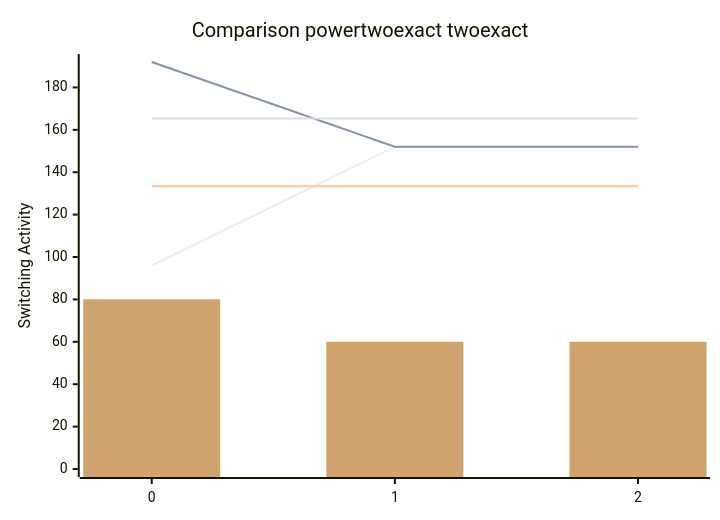
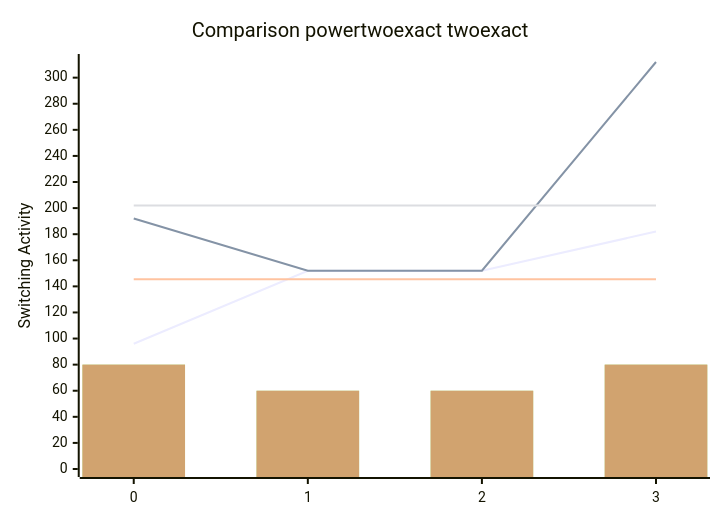
One commit to FeldmeierMichael/Exact-Power-Synthesis changed the diagram in benchmark.md. Above: the diagram before and after it, drawn with Mermaid. The commit also changed other lines of this file and 2 other files, not shown here.

````diff
--- a/benchmark.md
+++ b/benchmark.md
@@ -7,12 +9,12 @@
 ```mermaid
 xychart-beta
     title "Comparison powertwoexact twoexact"
-    x-axis [0, 1, 2]
-    y-axis "Switching Activity" 0-->192
-    line [96, 152, 152]
-    line [192, 152, 152]
-    line [133.33333333333334, 133.33333333333334, 133.33333333333334]
-    line [165.33333333333334, 165.33333333333334, 165.33333333333334]
-    bar [80, 60, 60]
-    bar [80, 60, 60]
+    x-axis [0, 1, 2, 3]
+    y-axis "Switching Activity" 0-->312
+    line [96, 152, 152, 182]
+    line [192, 152, 152, 312]
+    line [145.5, 145.5, 145.5, 145.5]
+    line [202.0, 202.0, 202.0, 202.0]
+    bar [80, 60, 60, 80]
+    bar [80, 60, 60, 80]
 ```
````
